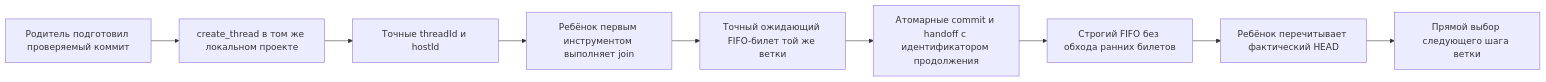
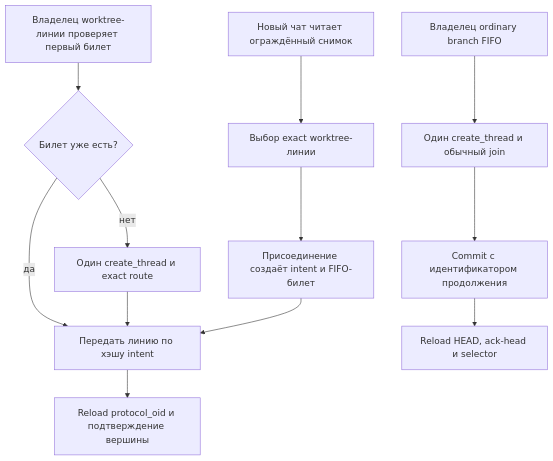
The diagram in Документация/45-обязательное-продолжение-Git-ветки-после-коммита.md (fum-lab/fum), drawn with Mermaid before and after one commit. The commit also changed other lines of this file and 202 other files, not shown here.

````diff
--- a/Документация/45-обязательное-продолжение-Git-ветки-после-коммита.md
+++ b/Документация/45-обязательное-продолжение-Git-ветки-после-коммита.md
@@ -19,11 +34,14 @@
 ```mermaid
-flowchart LR
-    родитель["Родитель подготовил проверяемый коммит"] --> создание["create_thread в том же локальном проекте"]
-    создание --> подтверждение["Точные threadId и hostId"]
-    подтверждение --> вход["Ребёнок первым инструментом выполняет join"]
-    вход --> ожидание["Точный ожидающий FIFO-билет той же ветки"]
-    ожидание --> передача["Атомарные commit и handoff с идентификатором продолжения"]
-    передача --> очередь["Строгий FIFO без обхода ранних билетов"]
-    очередь --> перечитывание["Ребёнок перечитывает фактический HEAD"]
-    перечитывание --> выбор["Прямой выбор следующего шага ветки"]
+flowchart TB
+    снимок["Новый чат читает ограждённый снимок"] --> выбор_линии["Выбор exact worktree-линии"]
+    выбор_линии --> присоединение["Присоединение создаёт intent и FIFO-билет"]
+    владелец_рабочего_дерева["Владелец worktree-линии проверяет первый билет"] --> билет_есть{"Билет уже есть?"}
+    билет_есть -->|"да"| передача_рабочего_дерева["Передать линию по хэшу intent"]
+    билет_есть -->|"нет"| создание_продолжения_рабочего_дерева["Один create_thread и exact route"]
+    создание_продолжения_рабочего_дерева --> передача_рабочего_дерева
+    присоединение --> передача_рабочего_дерева
+    передача_рабочего_дерева --> подтверждение_рабочего_дерева["Reload protocol_oid и подтверждение вершины"]
+    владелец_ветки["Владелец ordinary branch FIFO"] --> создание_ветки["Один create_thread и обычный join"]
+    создание_ветки --> передача_ветки["Commit с идентификатором продолжения"]
+    передача_ветки --> подтверждение_ветки["Reload HEAD, ack-head и selector"]
 ```
````
